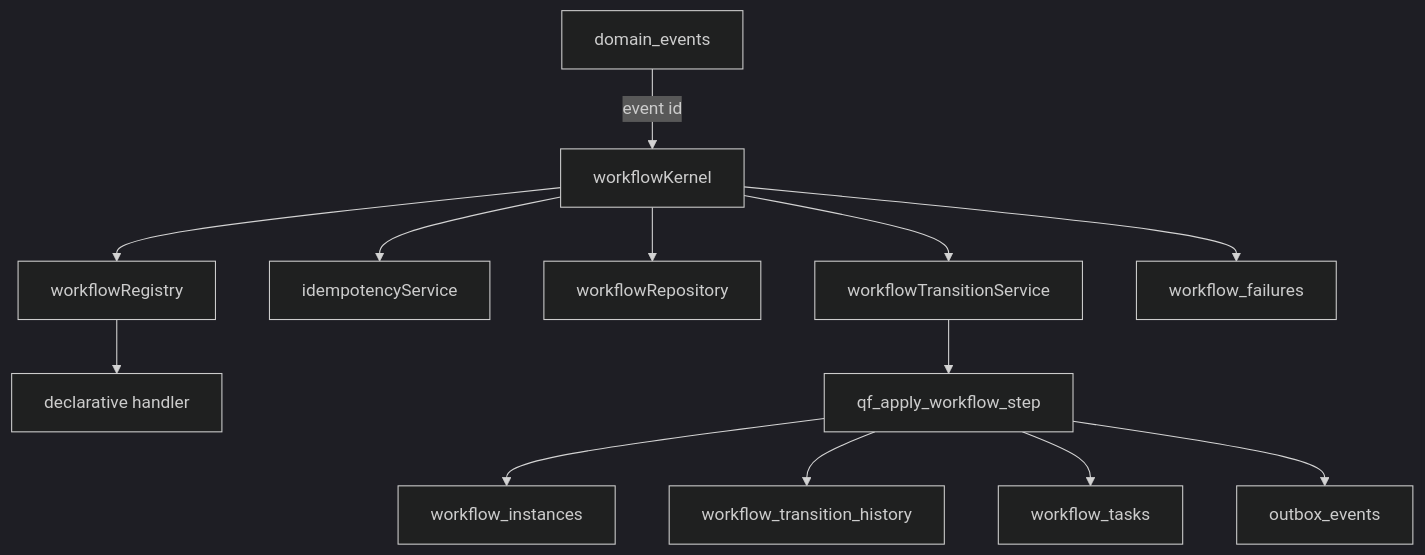
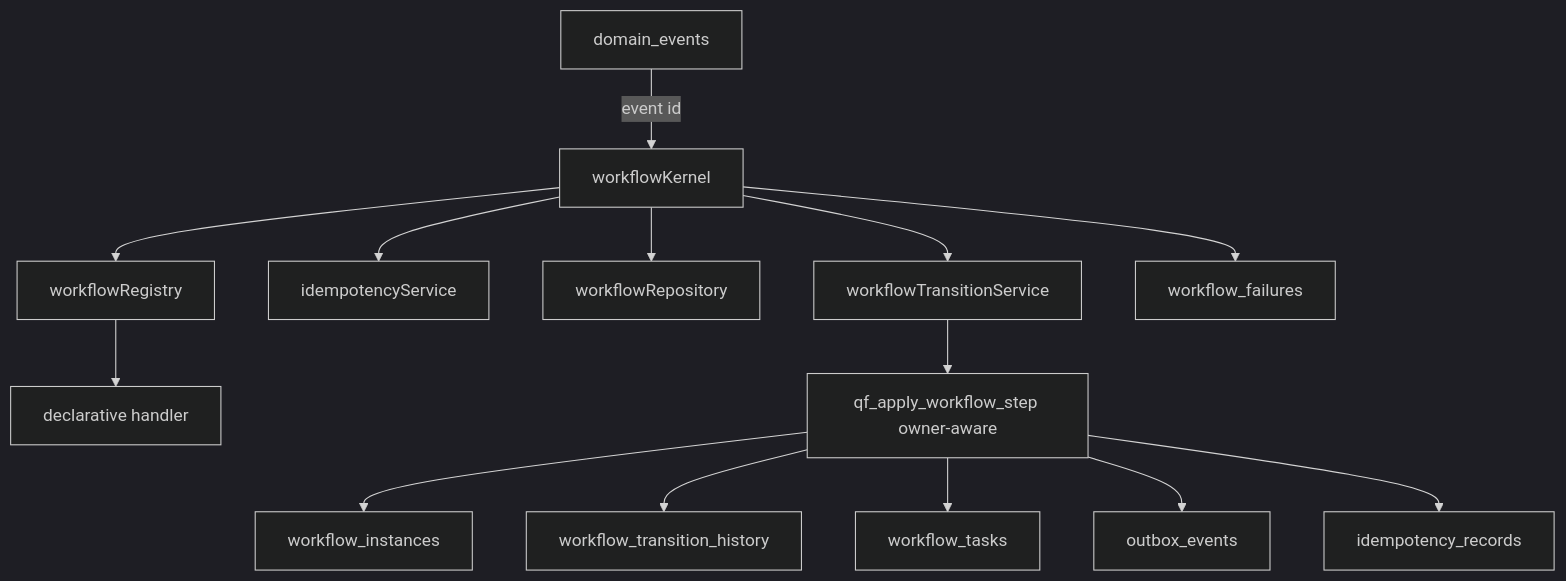
The diagram in docs/aos/QF-Workflow-Kernel-Phase-1B.md (quickfurno-maker/quickfurno-marketplace), drawn with Mermaid (dark theme) before and after one commit. The commit also changed other lines of this file and 11 other files, not shown here.

````diff
--- a/docs/aos/QF-Workflow-Kernel-Phase-1B.md
+++ b/docs/aos/QF-Workflow-Kernel-Phase-1B.md
@@ -13,15 +14,16 @@
 ```mermaid
 flowchart TD
   DE[domain_events] -->|event id| K[workflowKernel]
   K --> R[workflowRegistry]
   R --> H[declarative handler]
   K --> I[idempotencyService]
   K --> WR[workflowRepository]
   K --> TS[workflowTransitionService]
-  TS --> RPC[qf_apply_workflow_step]
+  TS --> RPC[qf_apply_workflow_step owner-aware]
   RPC --> WI[workflow_instances]
   RPC --> TH[workflow_transition_history]
   RPC --> WT[workflow_tasks]
   RPC --> OB[outbox_events]
+  RPC --> IR[idempotency_records]
   K --> F[workflow_failures]
 ```
````
